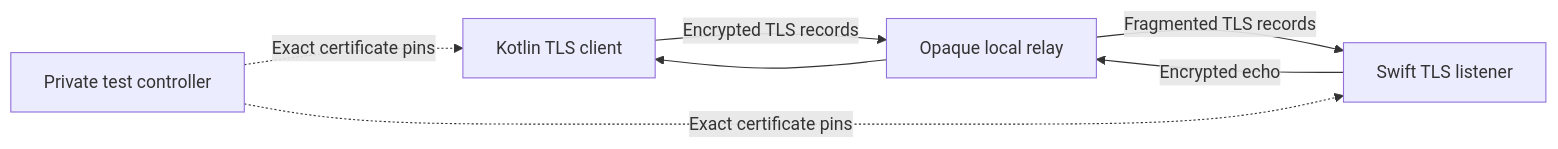
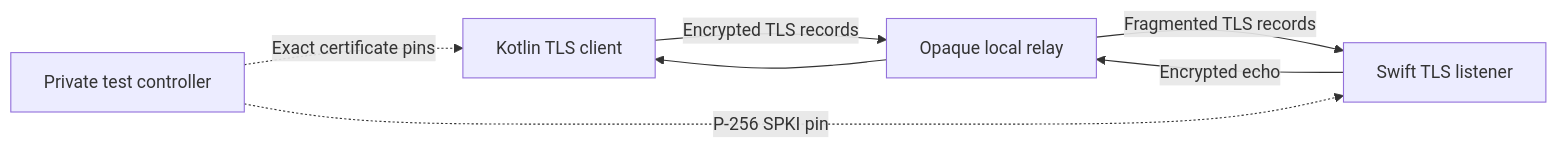
The diagram in docs/experiments/tls-channel.md (rock3r/remozio), drawn with Mermaid before and after one commit. The commit also changed other lines of this file and 13 other files, not shown here.

````diff
--- a/docs/experiments/tls-channel.md
+++ b/docs/experiments/tls-channel.md
@@ -5,9 +5,9 @@
 ```mermaid
 flowchart LR
     K[Kotlin TLS client] -->|Encrypted TLS records| R[Opaque local relay]
     R -->|Fragmented TLS records| S[Swift TLS listener]
     S -->|Encrypted echo| R
     R --> K
     C[Private test controller] -. Exact certificate pins .-> K
-    C -. Exact certificate pins .-> S
+    C -. P-256 SPKI pin .-> S
 ```
````
